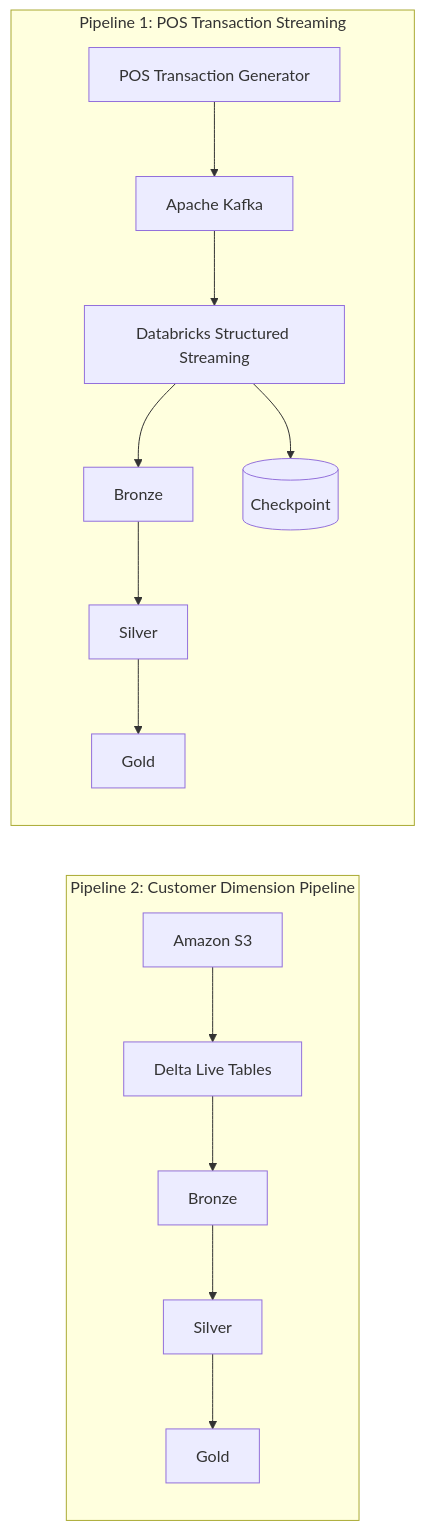
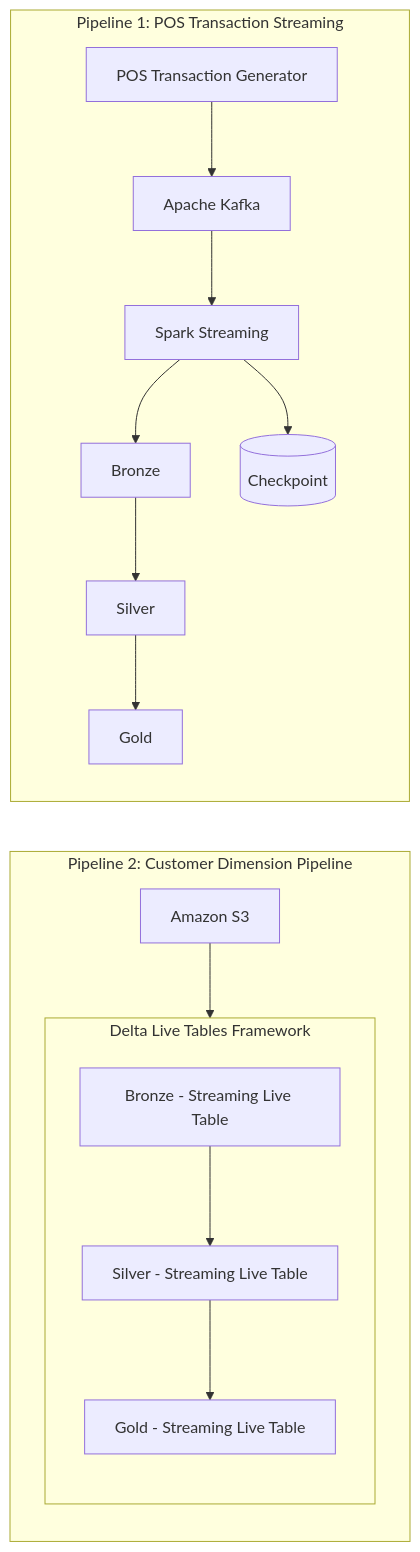
The diagram in README.md (163-steveshi/pos_transaction_streaming_pipeline), drawn with Mermaid before and after one commit.

Commit message:
wip: check if the diagram is corrected or not

````diff
--- a/README.md
+++ b/README.md
@@ -7,22 +7,28 @@
 ```mermaid
 flowchart TB
     subgraph P1["Pipeline 1: POS Transaction Streaming"]
         direction TB
         P[POS Transaction Generator] --> K[Apache Kafka]
-        K --> SS[Databricks Structured Streaming]
+        K --> SS[Spark Streaming]
         SS --> B1[Bronze]
         B1 --> S1[Silver]
         S1 --> G1[Gold]
         SS --> C[(Checkpoint)]
     end
  
     subgraph P2["Pipeline 2: Customer Dimension Pipeline"]
         direction TB
-        S3[Amazon S3] --> DLT[Delta Live Tables]
-        DLT --> B2[Bronze]
-        B2 --> S2[Silver]
-        S2 --> G2[Gold]
+        S3[Amazon S3] --> B2
+        subgraph DLT["Delta Live Tables Framework"]
+            direction TB
+            B2[Bronze - Streaming Live Table]
+            S2[Silver - Streaming Live Table]
+            G2[Gold - Streaming Live Table]
+            B2 --> S2
+            S2 --> G2
+        end
     end
+ 
  
     P1 ~~~ P2
 ```
````
